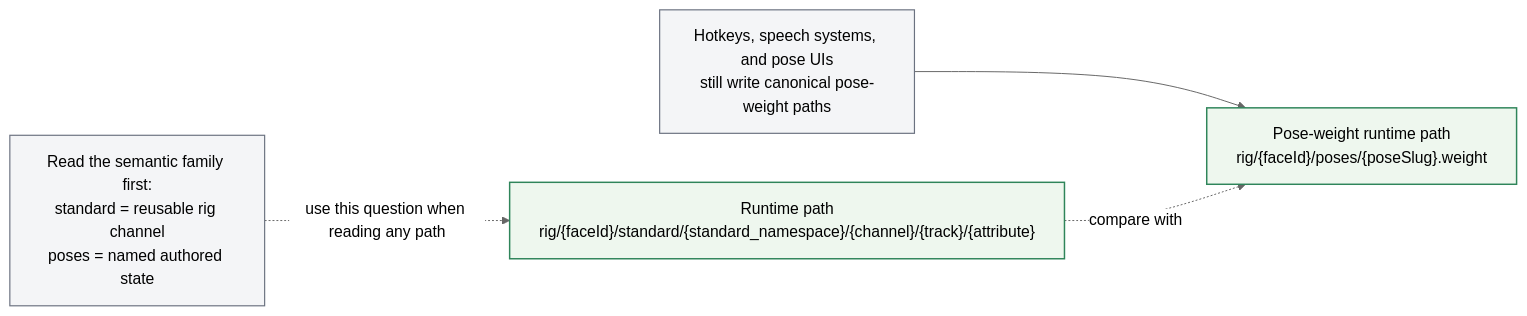
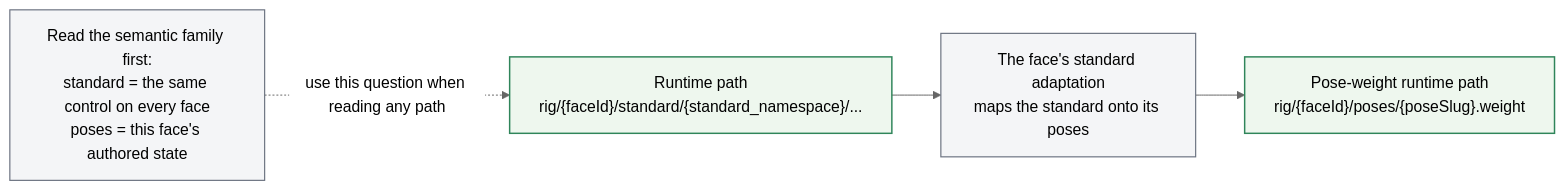
One commit to vizij-ai/vizij-docs changed the first of 2 diagrams in current_documentation/guidebook/control/paths-and-standard-controls.md. Above: the diagram before and after it, drawn with Mermaid (neutral theme). The commit also changed other lines of this file and 6 other files, not shown here.

````diff
--- a/current_documentation/guidebook/control/paths-and-standard-controls.md
+++ b/current_documentation/guidebook/control/paths-and-standard-controls.md
@@ -210,17 +223,16 @@
 ```mermaid
 flowchart LR
     classDef runtime fill:#eef7ee,stroke:#2f855a,stroke-width:1.5px
     classDef note fill:#f4f5f7,stroke:#6b7280,stroke-width:1.2px
 
-    std["Runtime path\nrig/{faceId}/standard/{standard_namespace}/{channel}/{track}/{attribute}"]
+    std["Runtime path\nrig/{faceId}/standard/{standard_namespace}/..."]
     pose["Pose-weight runtime path\nrig/{faceId}/poses/{poseSlug}.weight"]
-    speech["Hotkeys, speech systems, and pose UIs\nstill write canonical pose-weight paths"]
-    note["Read the semantic family first:\nstandard = reusable rig channel\nposes = named authored state"]
+    adapt["The face's standard adaptation\nmaps the standard onto its poses"]
+    note["Read the semantic family first:\nstandard = the same control on every face\nposes = this face's authored state"]
 
-    speech --> pose
-    std -. compare with .-> pose
+    std --> adapt --> pose
     note -. use this question when reading any path .-> std
 
     class std,pose runtime
-    class note,speech note
+    class note,adapt note
 ```
````
